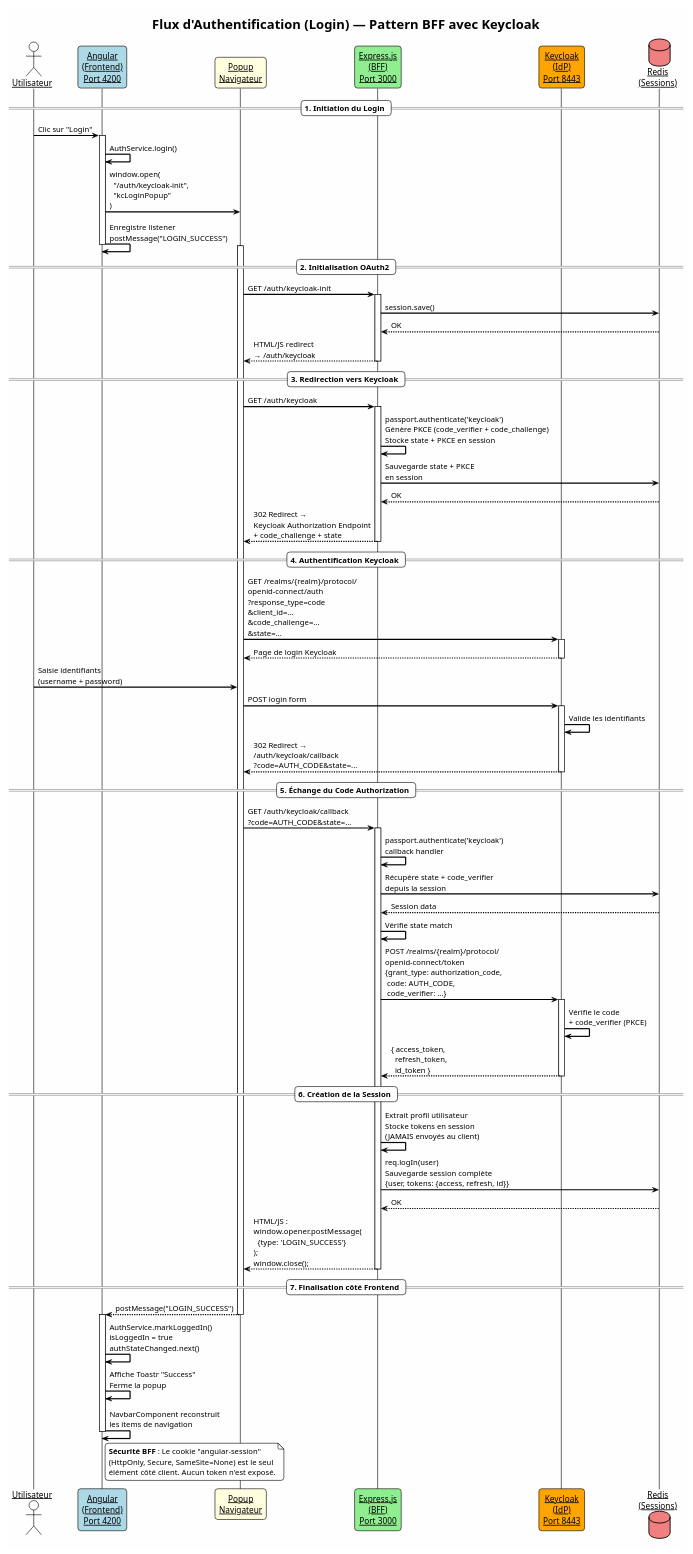
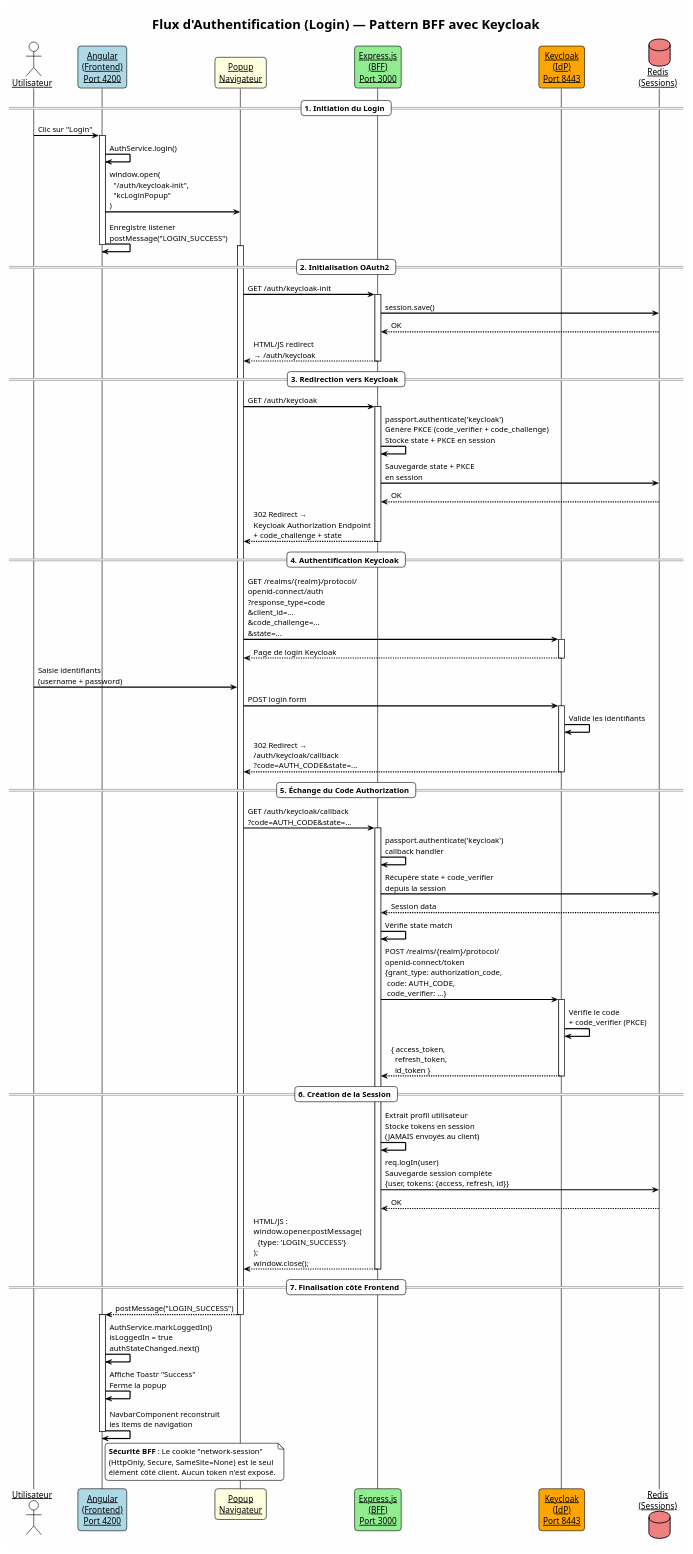
One commit to faliherizo/BFF-COOKIE-HTTPONLY changed the diagram in docs/diagrams/sequence-login.puml. Above: the diagram before and after it, drawn with PlantUML. The commit also changed 272 other files, not shown here.

```diff
--- a/docs/diagrams/sequence-login.puml
+++ b/docs/diagrams/sequence-login.puml
@@ -1,97 +1,97 @@
 @startuml sequence-login
 !theme plain
 skinparam backgroundColor #FEFEFE
 skinparam sequenceArrowThickness 2
 skinparam roundcorner 10
 skinparam sequenceParticipant underline
 
 title Flux d'Authentification (Login) — Pattern BFF avec Keycloak
 
 actor "Utilisateur" as User
 participant "Angular\n(Frontend)\nPort 4200" as FE #LightBlue
 participant "Popup\nNavigateur" as Popup #LightYellow
 participant "Express.js\n(BFF)\nPort 3000" as BFF #LightGreen
 participant "Keycloak\n(IdP)\nPort 8443" as KC #Orange
 database "Redis\n(Sessions)" as Redis #LightCoral
 
 == 1. Initiation du Login ==
 
 User -> FE : Clic sur "Login"
 activate FE
 FE -> FE : AuthService.login()
 FE -> Popup : window.open(\n  "/auth/keycloak-init",\n  "kcLoginPopup"\n)
 FE -> FE : Enregistre listener\npostMessage("LOGIN_SUCCESS")
 deactivate FE
 
 == 2. Initialisation OAuth2 ==
 
 activate Popup
 Popup -> BFF : GET /auth/keycloak-init
 activate BFF
 BFF -> Redis : session.save()
 Redis --> BFF : OK
 BFF --> Popup : HTML/JS redirect\n→ /auth/keycloak
 deactivate BFF
 
 == 3. Redirection vers Keycloak ==
 
 Popup -> BFF : GET /auth/keycloak
 activate BFF
 BFF -> BFF : passport.authenticate('keycloak')\nGénère PKCE (code_verifier + code_challenge)\nStocke state + PKCE en session
 BFF -> Redis : Sauvegarde state + PKCE\nen session
 Redis --> BFF : OK
 BFF --> Popup : 302 Redirect →\nKeycloak Authorization Endpoint\n+ code_challenge + state
 deactivate BFF
 
 == 4. Authentification Keycloak ==
 
 Popup -> KC : GET /realms/{realm}/protocol/\nopenid-connect/auth\n?response_type=code\n&client_id=...\n&code_challenge=...\n&state=...
 activate KC
 KC --> Popup : Page de login Keycloak
 deactivate KC
 User -> Popup : Saisie identifiants\n(username + password)
 Popup -> KC : POST login form
 activate KC
 KC -> KC : Valide les identifiants
 KC --> Popup : 302 Redirect →\n/auth/keycloak/callback\n?code=AUTH_CODE&state=...
 deactivate KC
 
 == 5. Échange du Code Authorization ==
 
 Popup -> BFF : GET /auth/keycloak/callback\n?code=AUTH_CODE&state=...
 activate BFF
 BFF -> BFF : passport.authenticate('keycloak')\ncallback handler
 BFF -> Redis : Récupère state + code_verifier\ndepuis la session
 Redis --> BFF : Session data
 BFF -> BFF : Vérifie state match
 BFF -> KC : POST /realms/{realm}/protocol/\nopenid-connect/token\n{grant_type: authorization_code,\n code: AUTH_CODE,\n code_verifier: ...}
 activate KC
 KC -> KC : Vérifie le code\n+ code_verifier (PKCE)
 KC --> BFF : { access_token,\n  refresh_token,\n  id_token }
 deactivate KC
 
 == 6. Création de la Session ==
 
 BFF -> BFF : Extrait profil utilisateur\nStocke tokens en session\n(JAMAIS envoyés au client)
 BFF -> Redis : req.logIn(user)\nSauvegarde session complète\n{user, tokens: {access, refresh, id}}
 Redis --> BFF : OK
 BFF --> Popup : HTML/JS :\nwindow.opener.postMessage(\n  {type: 'LOGIN_SUCCESS'}\n);\nwindow.close();
 deactivate BFF
 
 == 7. Finalisation côté Frontend ==
 
 Popup --> FE : postMessage("LOGIN_SUCCESS")
 deactivate Popup
 activate FE
 FE -> FE : AuthService.markLoggedIn()\nisLoggedIn = true\nauthStateChanged.next()
 FE -> FE : Affiche Toastr "Success"\nFerme la popup
 FE -> FE : NavbarComponent reconstruit\nles items de navigation
 deactivate FE
 
 note right of FE
-  **Sécurité BFF** : Le cookie "angular-session"
+  **Sécurité BFF** : Le cookie "network-session"
   (HttpOnly, Secure, SameSite=None) est le seul
   élément côté client. Aucun token n'est exposé.
 end note
 
 @enduml
```
